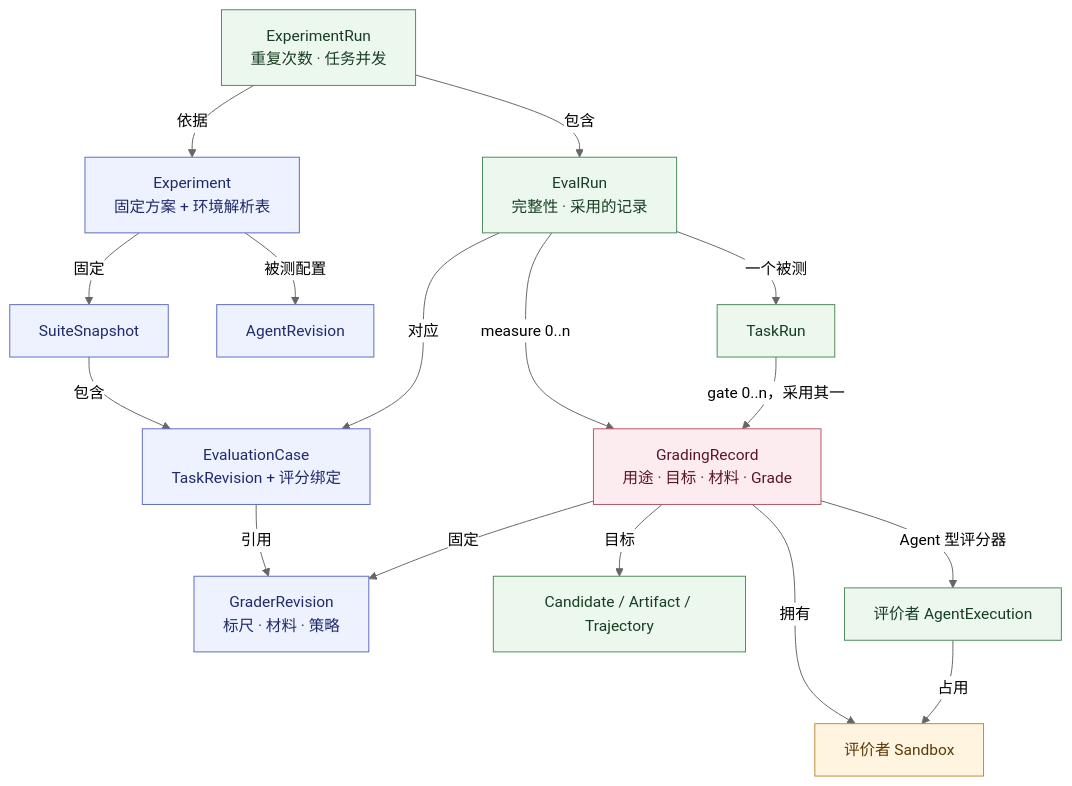
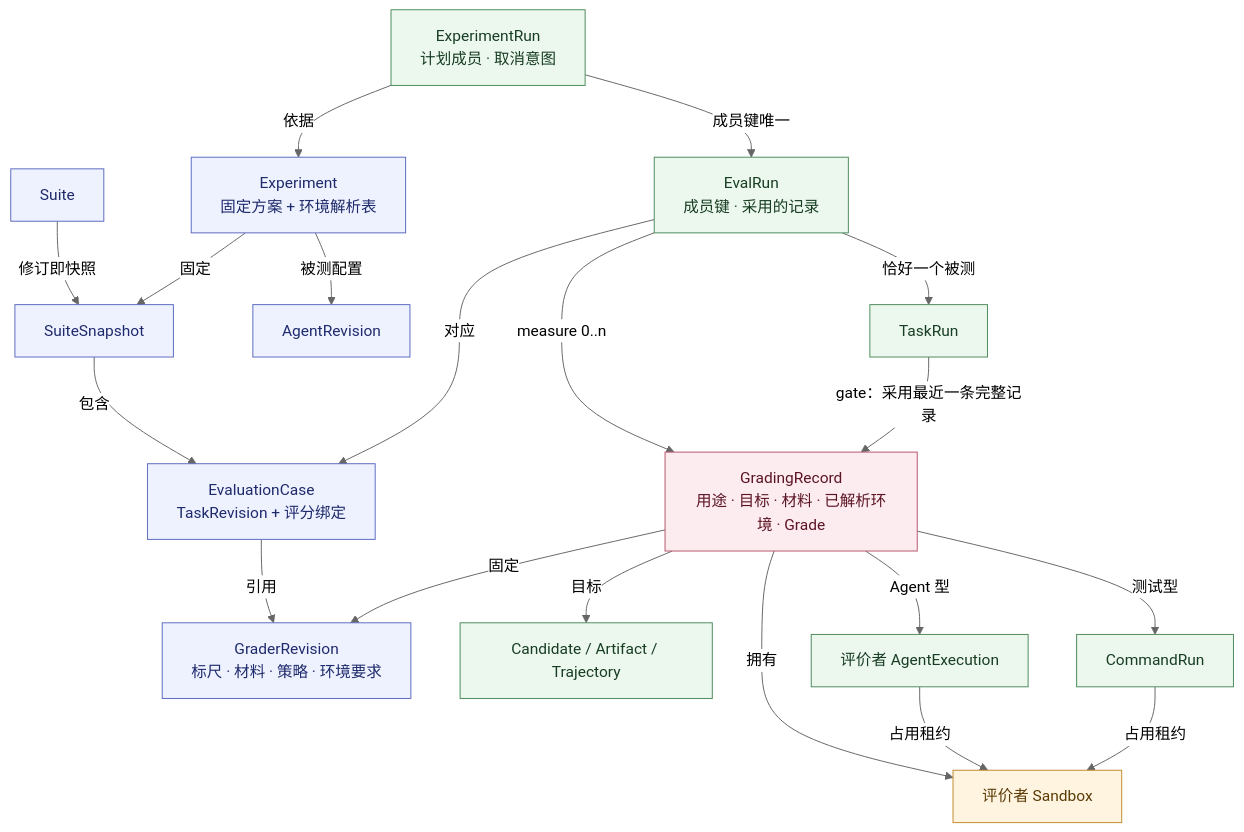
Before and after one commit to MaybeLL/Ground: the diagram in docs/assets/r1-domain-eval.mmd, drawn with Mermaid (neutral theme). The commit also changed 19 other files, not shown here.

```diff
--- a/docs/assets/r1-domain-eval.mmd
+++ b/docs/assets/r1-domain-eval.mmd
@@ -1,24 +1,27 @@
 flowchart TB
-  EXP[Experiment<br/>固定方案 + 环境解析表] -->|固定| SS[SuiteSnapshot]
+  SU[Suite] -->|修订即快照| SS[SuiteSnapshot]
+  EXP[Experiment<br/>固定方案 + 环境解析表] -->|固定| SS
   SS -->|包含| CASE[EvaluationCase<br/>TaskRevision + 评分绑定]
   EXP -->|被测配置| AR[AgentRevision]
-  CASE -->|引用| GV[GraderRevision<br/>标尺 · 材料 · 策略]
-  XR[ExperimentRun<br/>重复次数 · 任务并发] -->|依据| EXP
-  XR -->|包含| EVR[EvalRun<br/>完整性 · 采用的记录]
+  CASE -->|引用| GV[GraderRevision<br/>标尺 · 材料 · 策略 · 环境要求]
+  XR[ExperimentRun<br/>计划成员 · 取消意图] -->|依据| EXP
+  XR -->|成员键唯一| EVR[EvalRun<br/>成员键 · 采用的记录]
   EVR -->|对应| CASE
-  EVR -->|一个被测| RN[TaskRun]
-  EVR -->|measure 0..n| GRD[GradingRecord<br/>用途 · 目标 · 材料 · Grade]
-  RN -->|gate 0..n，采用其一| GRD
+  EVR -->|恰好一个被测| RN[TaskRun]
+  EVR -->|measure 0..n| GRD[GradingRecord<br/>用途 · 目标 · 材料 · 已解析环境 · Grade]
+  RN -->|gate：采用最近一条完整记录| GRD
   GRD -->|固定| GV
   GRD -->|目标| T[Candidate / Artifact / Trajectory]
-  GRD -->|Agent 型评分器| EAX[评价者 AgentExecution]
+  GRD -->|Agent 型| EAX[评价者 AgentExecution]
+  GRD -->|测试型| CR[CommandRun]
   GRD -->|拥有| ESB[评价者 Sandbox]
-  EAX -->|占用| ESB
+  EAX -->|占用租约| ESB
+  CR -->|占用租约| ESB
   classDef def fill:#eef2ff,stroke:#5b6abf,color:#1e2a6b;
   classDef fact fill:#ecf7ee,stroke:#4c8a5a,color:#173d22;
   classDef res fill:#fff4e0,stroke:#c08a2d,color:#5a3b06;
   classDef eva fill:#fdecef,stroke:#b5546a,color:#5a1424;
-  class EXP,SS,CASE,AR,GV def;
-  class XR,EVR,RN,T,EAX fact;
+  class SU,EXP,SS,CASE,AR,GV def;
+  class XR,EVR,RN,T,EAX,CR fact;
   class ESB res;
   class GRD eva;
```
